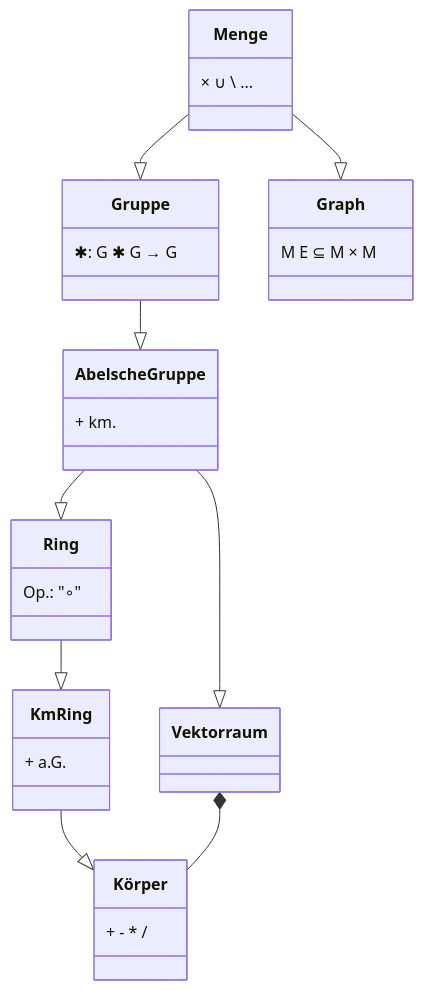
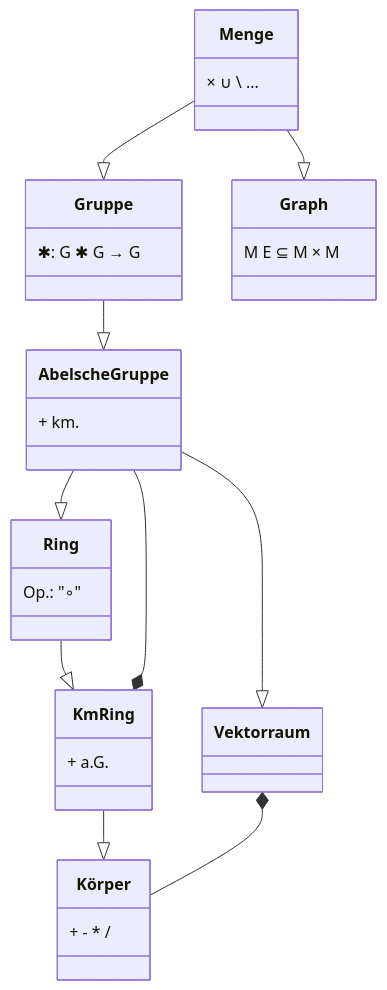
Before and after one commit to Nico0302/kit-la: the diagram in pages/1-allgemeine-grundlagen/1.0-strukturen.md, drawn with Mermaid. The commit also changed 21 other files, not shown here.

````diff
--- a/pages/1-allgemeine-grundlagen/1.0-strukturen.md
+++ b/pages/1-allgemeine-grundlagen/1.0-strukturen.md
@@ -11,35 +11,36 @@
 ```mermaid
 classDiagram
     Menge --|> Gruppe
     Menge --|> Graph
     Gruppe --|> AbelscheGruppe
     AbelscheGruppe --|> Ring
     Ring --|> KmRing
     KmRing --|> Körper
     AbelscheGruppe --|> Vektorraum
     Vektorraum *-- Körper
+    KmRing *-- AbelscheGruppe
     class Menge{
         ×  ∪  \ ...
     }
     class Gruppe{
         ✱: G ✱ G → G
     }
     class AbelscheGruppe{
         + km.
     }
     class Ring{
         Op.: "∘"
     }
     class KmRing{
         + a.G.
     }
     class Körper{
         + - * /
     }
     class Vektorraum {
 
     }
     class Graph{
         M E ⊆ M × M
     }
 ```
````
